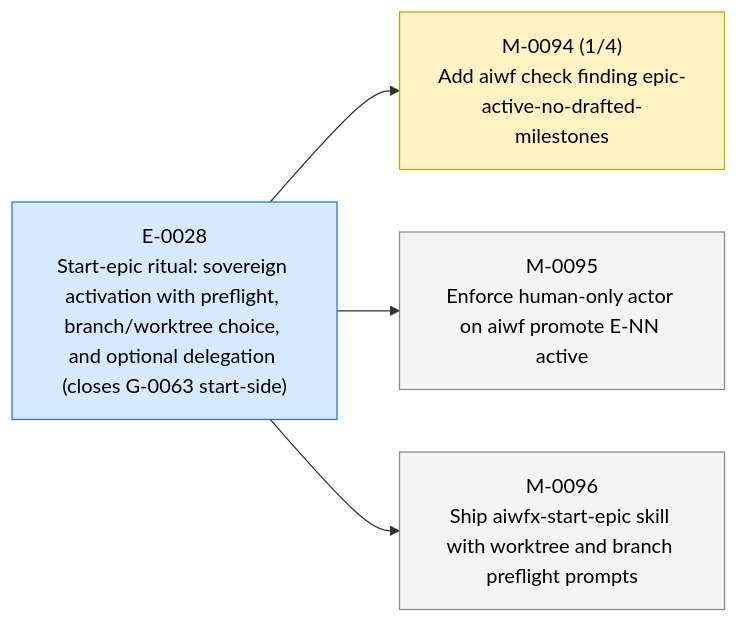
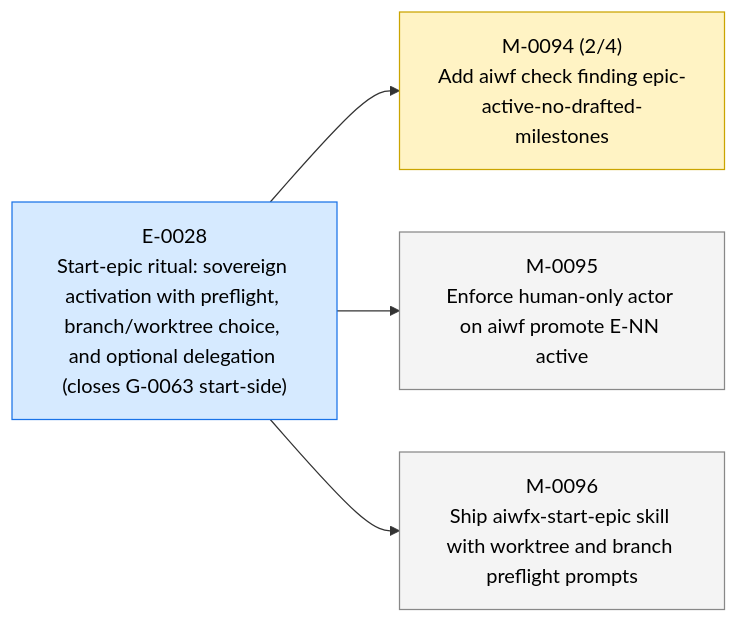
The first of 3 diagrams in STATUS.md (23min/aiwf), drawn with Mermaid before and after one commit. The commit also changed other lines of this file and 1 other file, not shown here.

First line of the commit message:
aiwf promote M-0094/AC-2 open -> met

````diff
--- a/STATUS.md
+++ b/STATUS.md
@@ -13,16 +13,16 @@
 ```mermaid
 flowchart LR
   E_0028["E-0028<br/>Start-epic ritual: sovereign activation with preflight, branch/worktree choice, and optional delegation (closes G-0063 start-side)"]:::epic_active
-  M_0094["M-0094 (1/4)<br/>Add aiwf check finding epic-active-no-drafted-milestones"]:::ms_in_progress
+  M_0094["M-0094 (2/4)<br/>Add aiwf check finding epic-active-no-drafted-milestones"]:::ms_in_progress
   E_0028 --> M_0094
   M_0095["M-0095<br/>Enforce human-only actor on aiwf promote E-NN active"]:::ms_draft
   E_0028 --> M_0095
   M_0096["M-0096<br/>Ship aiwfx-start-epic skill with worktree and branch preflight prompts"]:::ms_draft
   E_0028 --> M_0096
   classDef epic_active fill:#d6eaff,stroke:#1a73e8,color:#000
   classDef epic_proposed fill:#f4f4f4,stroke:#888,color:#000
   classDef ms_done fill:#d8f5d8,stroke:#2a8a2a,color:#000
   classDef ms_in_progress fill:#fff3c4,stroke:#caa400,color:#000
   classDef ms_draft fill:#f4f4f4,stroke:#888,color:#000
   classDef ms_cancelled fill:#fbeaea,stroke:#c33,color:#000
 ```
````
